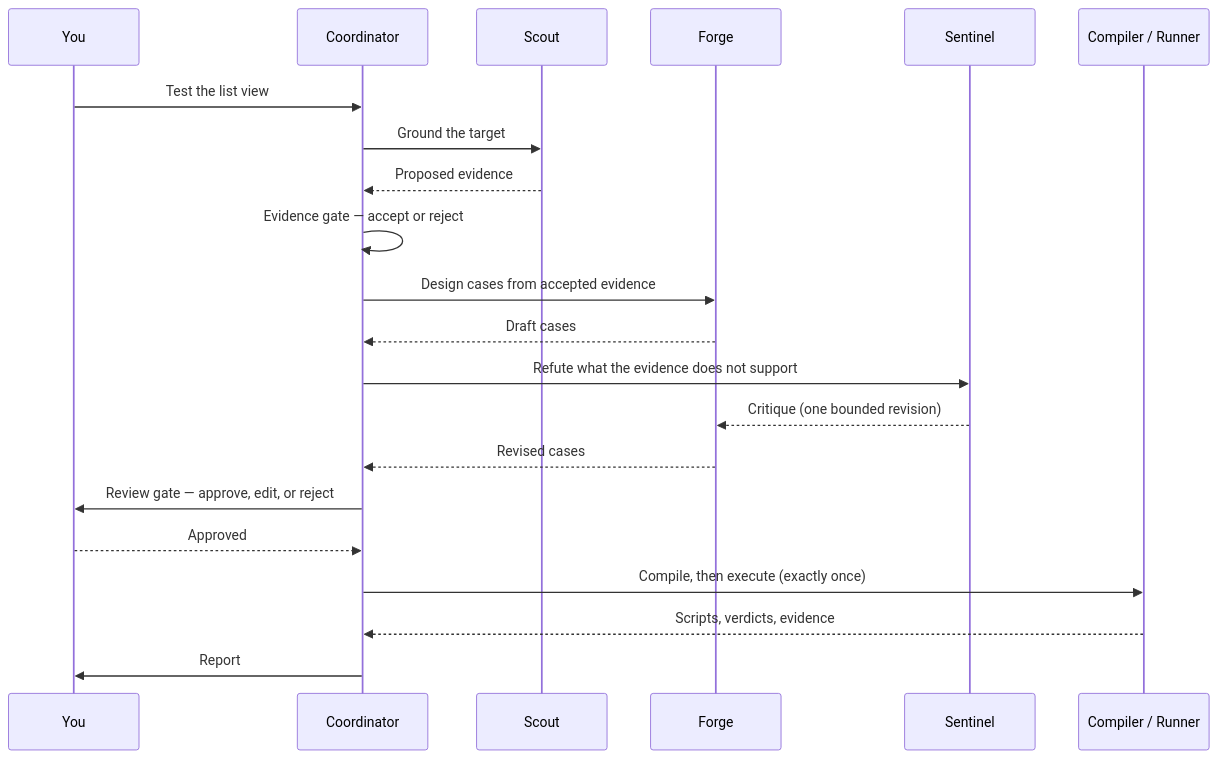
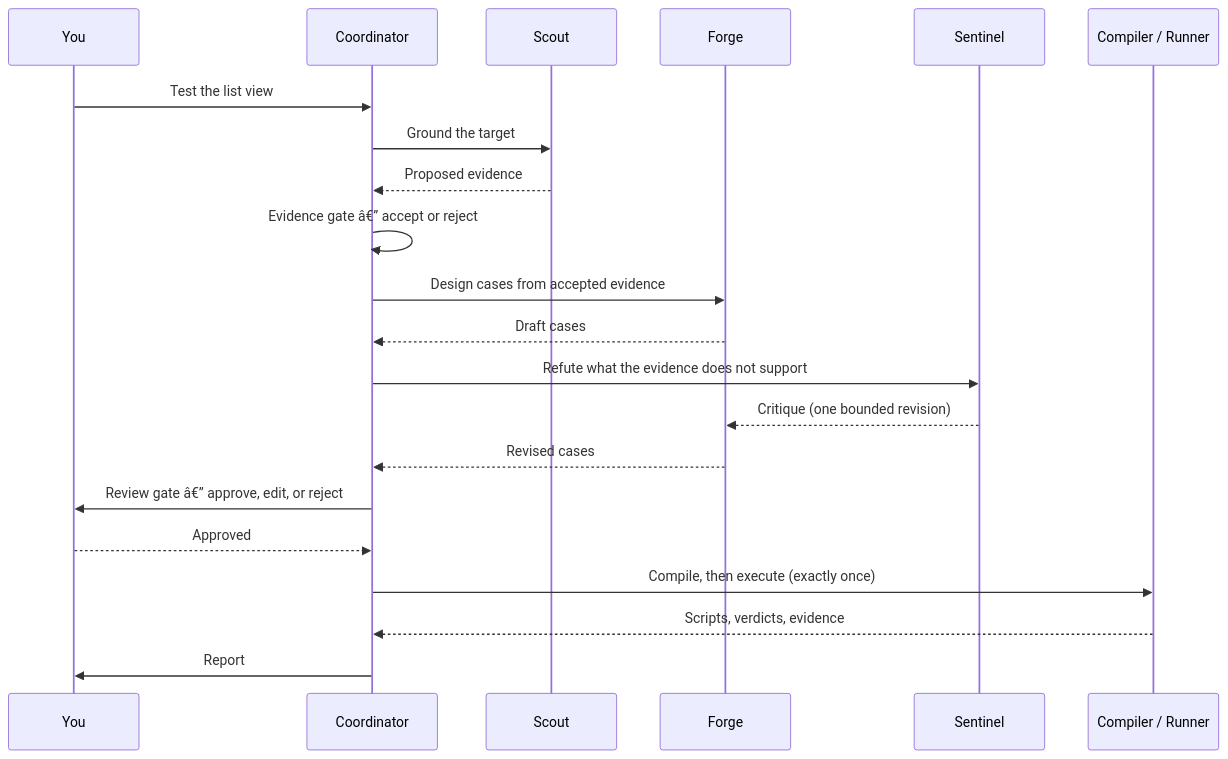
The sixth of 6 diagrams in docs/application-guide.md (srinivasravula18/core-platform-automation), drawn with Mermaid before and after one commit. The commit also changed other lines of this file, not shown here.

````diff
--- a/docs/application-guide.md
+++ b/docs/application-guide.md
@@ -417,24 +417,24 @@
 ```mermaid
 sequenceDiagram
     participant You
     participant Coord as Coordinator
     participant Scout
     participant Forge
     participant Sentinel
     participant Cap as Compiler / Runner
 
     You->>Coord: Test the list view
     Coord->>Scout: Ground the target
     Scout-->>Coord: Proposed evidence
-    Coord->>Coord: Evidence gate — accept or reject
+    Coord->>Coord: Evidence gate â€” accept or reject
     Coord->>Forge: Design cases from accepted evidence
     Forge-->>Coord: Draft cases
     Coord->>Sentinel: Refute what the evidence does not support
     Sentinel-->>Forge: Critique (one bounded revision)
     Forge-->>Coord: Revised cases
-    Coord->>You: Review gate — approve, edit, or reject
+    Coord->>You: Review gate â€” approve, edit, or reject
     You-->>Coord: Approved
     Coord->>Cap: Compile, then execute (exactly once)
     Cap-->>Coord: Scripts, verdicts, evidence
     Coord->>You: Report
 ```
````
